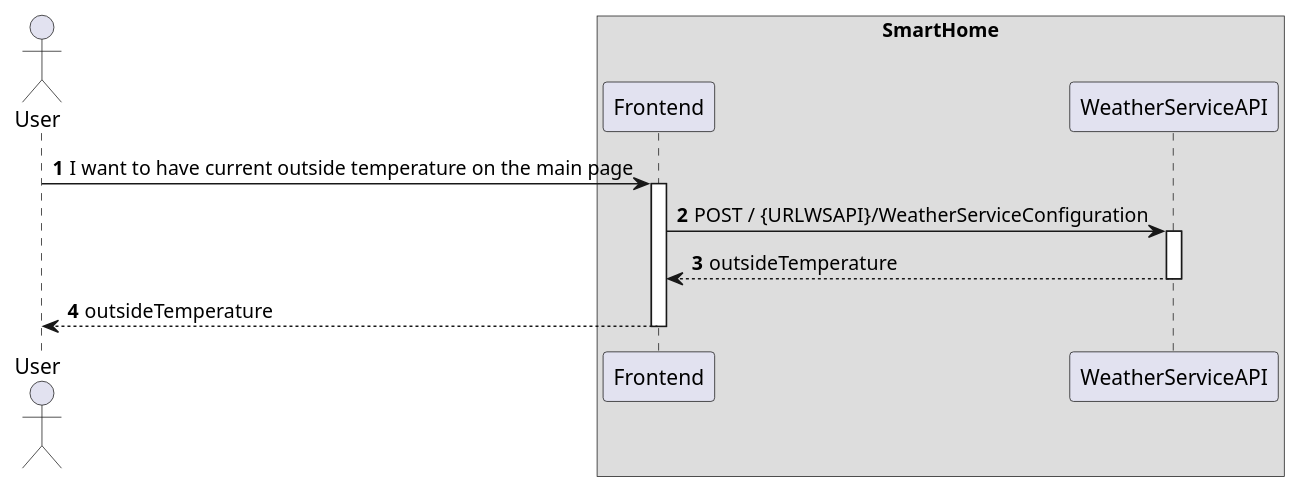
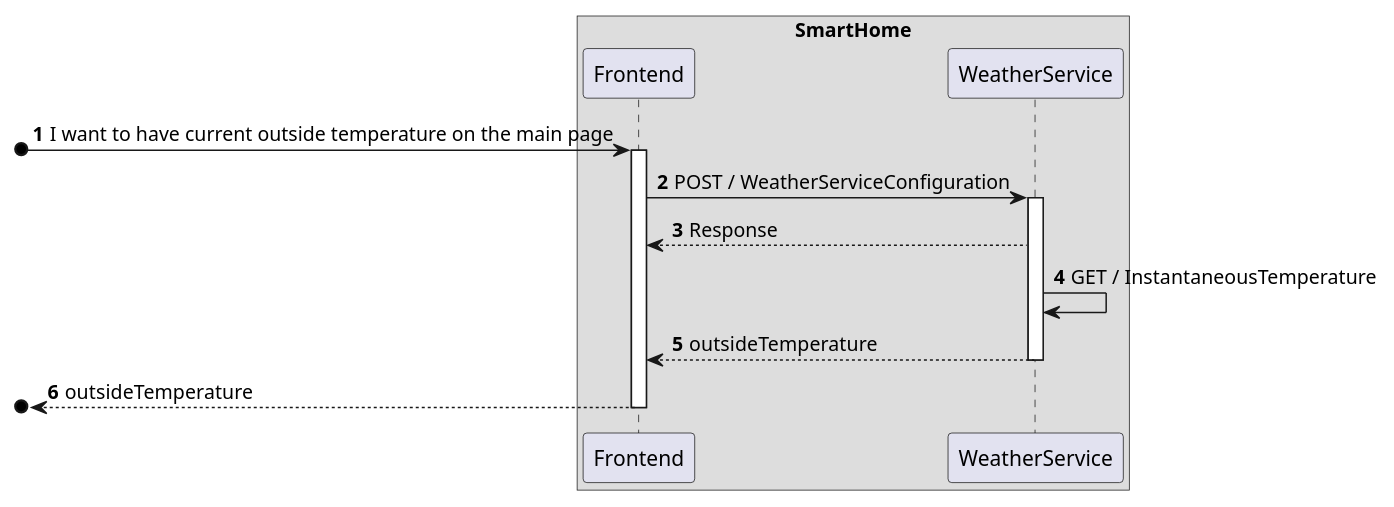
One commit to olivDiogo/SmartHome changed the diagram in docs/useCases/uc18_OutsideTemperatureMainPage/artifacts/UC18_SD.puml. Above: the diagram before and after it, drawn with PlantUML. The commit also changed 2 other files, not shown here.

```diff
--- a/docs/useCases/uc18_OutsideTemperatureMainPage/artifacts/UC18_SD.puml
+++ b/docs/useCases/uc18_OutsideTemperatureMainPage/artifacts/UC18_SD.puml
@@ -1,31 +1,37 @@
 @startuml
 'https://plantuml.com/sequence-diagram
 !pragma layout smetana
 
 autonumber
 
-actor "User" as User
+
 
     box SmartHome
     participant Frontend as FE
-    participant WeatherServiceAPI as WS
+    participant WeatherService as WS
     end box
 
 
 
-User -> FE : I want to have current outside temperature on the main page
+[o-> FE : I want to have current outside temperature on the main page
 activate FE
 
-FE -> WS : POST / {URLWSAPI}/WeatherServiceConfiguration
+FE -> WS : POST / WeatherServiceConfiguration
 activate WS
+
+WS --> FE : Response
+
+
+WS -> WS : GET / InstantaneousTemperature
 
 WS --> FE : outsideTemperature
 deactivate WS
 
-FE --> User : outsideTemperature
+
+[o<-- FE : outsideTemperature
 deactivate FE
 
 
 
 
 @enduml
```
